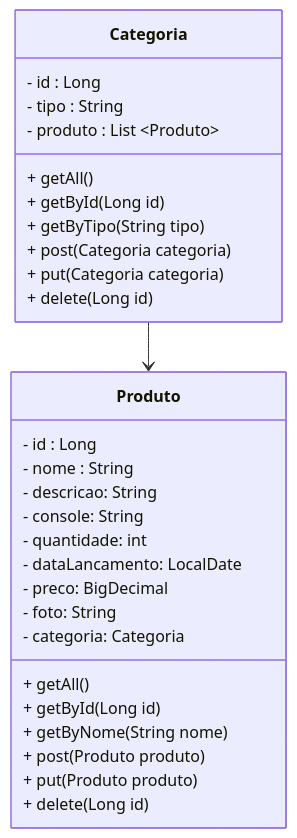
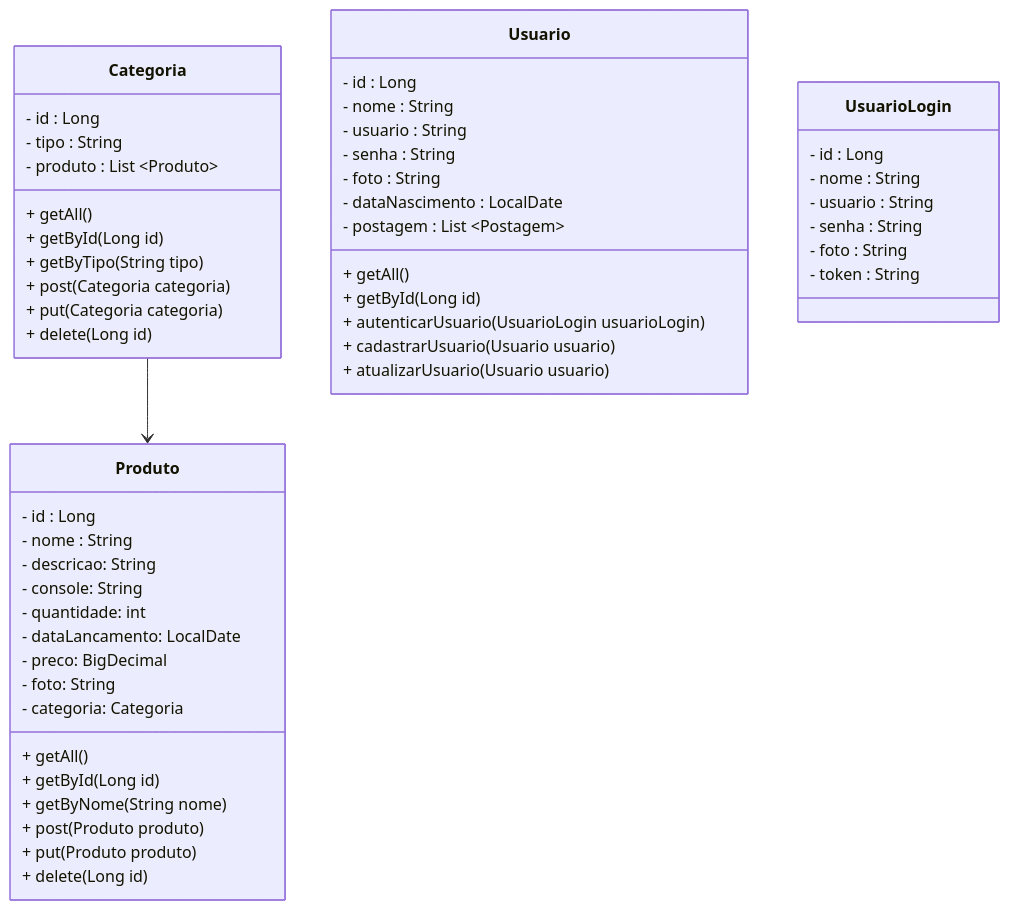
The diagram in README.md (bertimaiara/lojagames-1), drawn with Mermaid before and after one commit.

````diff
--- a/README.md
+++ b/README.md
@@ -5,32 +5,54 @@
 ```mermaid
 classDiagram
 class Categoria {
   - id : Long
   - tipo : String
   - produto : List ~Produto~
   + getAll()
   + getById(Long id)
   + getByTipo(String tipo)
   + post(Categoria categoria)
   + put(Categoria categoria)
   + delete(Long id)
 }
 class Produto {
   - id : Long
   - nome : String
   - descricao: String
   - console: String
   - quantidade: int
   - dataLancamento: LocalDate
   - preco: BigDecimal
   - foto: String
   - categoria: Categoria
   + getAll()
   + getById(Long id)
   + getByNome(String nome)
   + post(Produto produto)
   + put(Produto produto)
   + delete(Long id)
 }
+class Usuario {
+  - id : Long
+  - nome : String
+  - usuario : String
+  - senha : String
+  - foto : String
+  - dataNascimento : LocalDate
+  - postagem : List ~Postagem~
+  + getAll()
+  + getById(Long id)
+  + autenticarUsuario(UsuarioLogin usuarioLogin)
+  + cadastrarUsuario(Usuario usuario)
+  + atualizarUsuario(Usuario usuario)
+}
+class UsuarioLogin{
+  - id : Long
+  - nome : String
+  - usuario : String
+  - senha : String
+  - foto : String
+  - token : String
+}
 Categoria --> Produto
 ```
````
